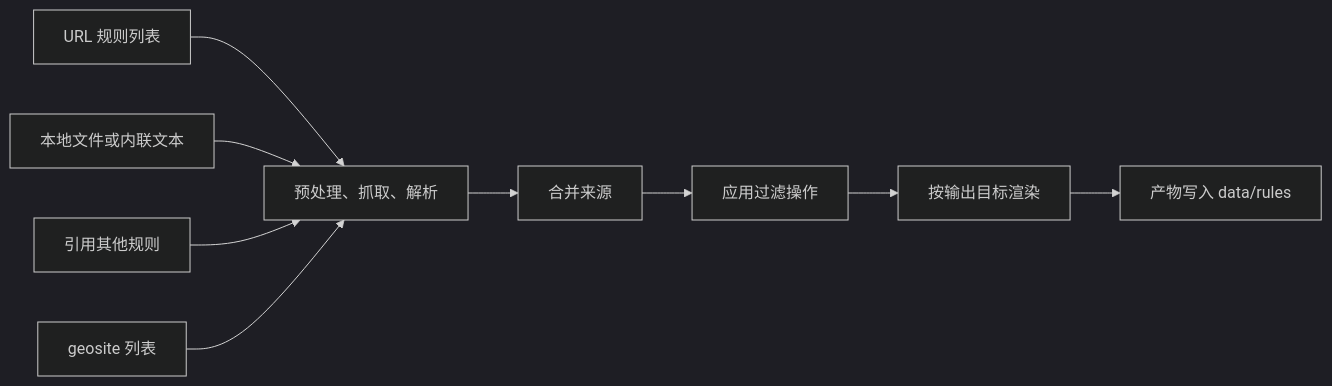
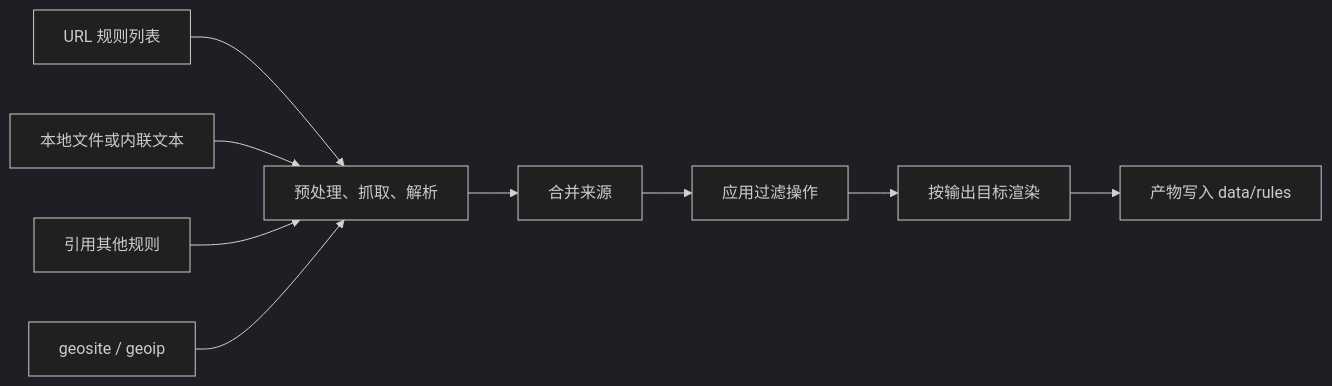
Before and after one commit to fl0w1nd/Proxy-Rule-Manager: the diagram in README.md, drawn with Mermaid (dark theme). The commit also changed other lines of this file and 64 other files, not shown here.

````diff
--- a/README.md
+++ b/README.md
@@ -58,11 +58,11 @@
 ```mermaid
 flowchart LR
     URL[URL 规则列表] --> PARSE
     FILE[本地文件或内联文本] --> PARSE
     REF[引用其他规则] --> PARSE
-    GEO[geosite 列表] --> PARSE
+    GEO[geosite / geoip] --> PARSE
     PARSE[预处理、抓取、解析] --> MERGE[合并来源]
     MERGE --> OPS[应用过滤操作]
     OPS --> RENDER[按输出目标渲染]
     RENDER --> OUT[产物写入 data/rules]
 ```
````
